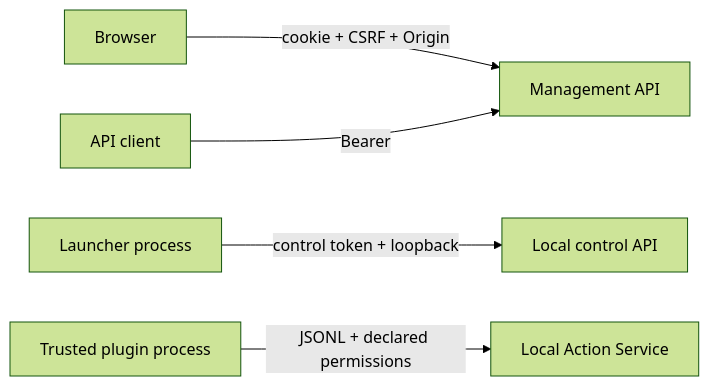
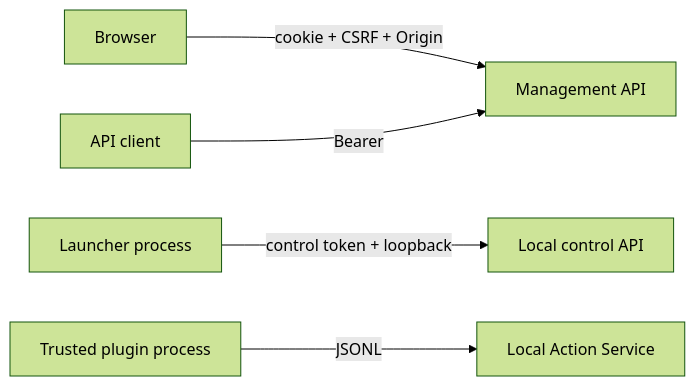
One commit to RayleaBot/RayleaBot changed the second of 2 diagrams in docs/architecture/platform-architecture.md. Above: the diagram before and after it, drawn with Mermaid (forest theme). The commit also changed other lines of this file and 168 other files, not shown here.

````diff
--- a/docs/architecture/platform-architecture.md
+++ b/docs/architecture/platform-architecture.md
@@ -65,7 +65,7 @@
 ```mermaid
 flowchart LR
     Browser["Browser"] -->|"cookie + CSRF + Origin"| API["Management API"]
     Tool["API client"] -->|"Bearer"| API
     Launcher["Launcher process"] -->|"control token + loopback"| Control["Local control API"]
-    Plugin["Trusted plugin process"] -->|"JSONL + declared permissions"| Actions["Local Action Service"]
+    Plugin["Trusted plugin process"] -->|"JSONL"| Actions["Local Action Service"]
 ```
````
